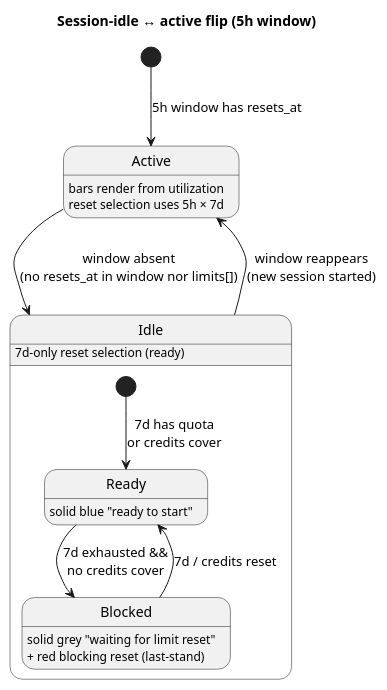
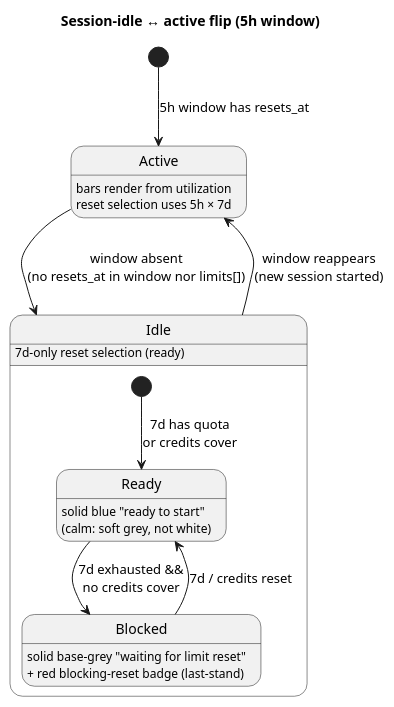
The fifth of 6 diagrams in docs/reference/architecture/data-flow.md (artem-from-ua/tokenpace), drawn with PlantUML before and after one commit. The commit also changed other lines of this file and 4 other files, not shown here.

First line of the commit message:
fix(ui): base-grey blocked bar, soft-grey calm idle, red reset badge (#158)

````diff
--- a/docs/reference/architecture/data-flow.md
+++ b/docs/reference/architecture/data-flow.md
@@ -142,18 +142,18 @@
 ```plantuml
 @startuml
 title Session-idle ↔ active flip (5h window)
 [*] --> Active : 5h window has resets_at
 Active --> Idle : window absent\n(no resets_at in window nor limits[])
 Idle --> Active : window reappears\n(new session started)
 Active : bars render from utilization
 Active : reset selection uses 5h × 7d
 state Idle {
   [*] --> Ready : 7d has quota\nor credits cover
   Ready --> Blocked : 7d exhausted &&\nno credits cover
   Blocked --> Ready : 7d / credits reset
-  Ready : solid blue "ready to start"
-  Blocked : solid grey "waiting for limit reset"\n+ red blocking reset (last-stand)
+  Ready : solid blue "ready to start"\n(calm: soft grey, not white)
+  Blocked : solid base-grey "waiting for limit reset"\n+ red blocking-reset badge (last-stand)
 }
 Idle : 7d-only reset selection (ready)
 @enduml
 ```
````
